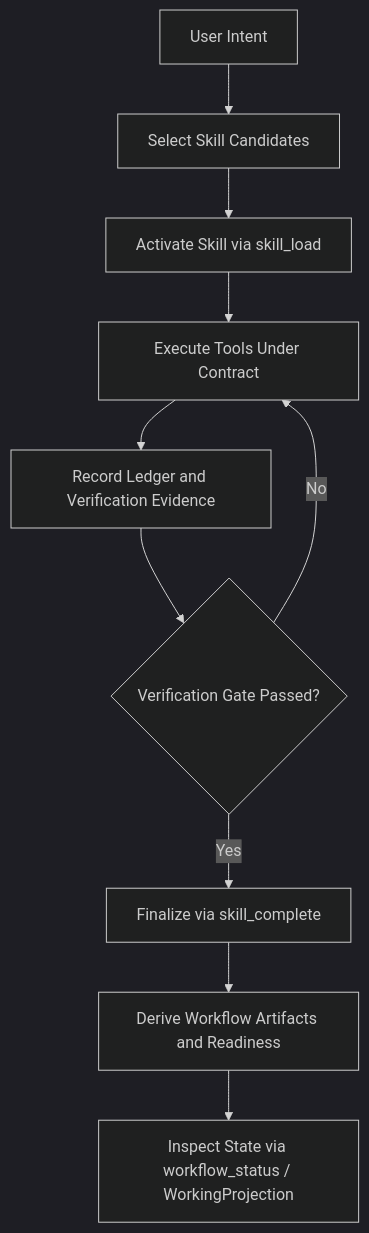
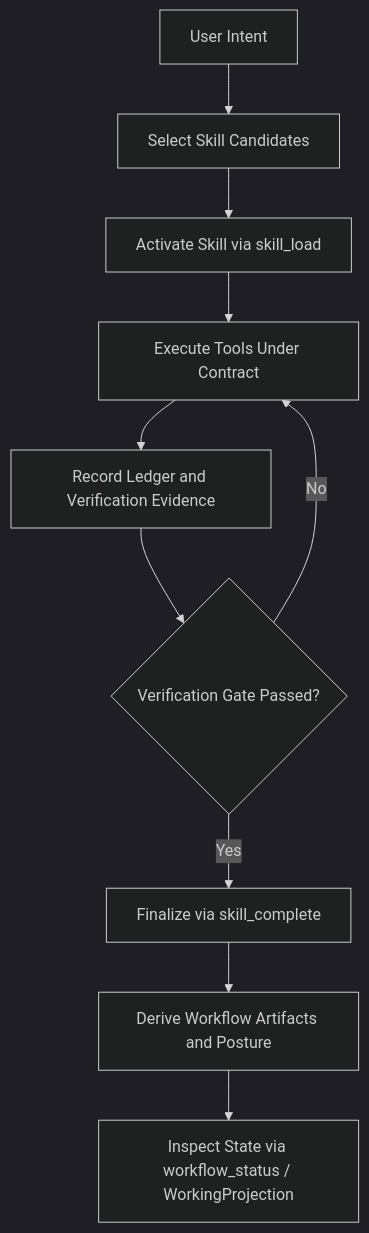
One commit to arcthur/brewva changed the diagram in docs/journeys/planning-to-execution.md. Above: the diagram before and after it, drawn with Mermaid (dark theme). The commit also changed other lines of this file and 23 other files, not shown here.

First line of the commit message:
refactor(runtime,docs,tools): align workflow posture with repository fitness boundary

````diff
--- a/docs/journeys/planning-to-execution.md
+++ b/docs/journeys/planning-to-execution.md
@@ -14,12 +14,12 @@
 ```mermaid
 flowchart TD
   A["User Intent"] --> B["Select Skill Candidates"]
   B --> C["Activate Skill via skill_load"]
   C --> D["Execute Tools Under Contract"]
   D --> E["Record Ledger and Verification Evidence"]
   E --> F{"Verification Gate Passed?"}
   F -->|No| D
   F -->|Yes| G["Finalize via skill_complete"]
-  G --> H["Derive Workflow Artifacts and Readiness"]
+  G --> H["Derive Workflow Artifacts and Posture"]
   H --> I["Inspect State via workflow_status / WorkingProjection"]
 ```
````
